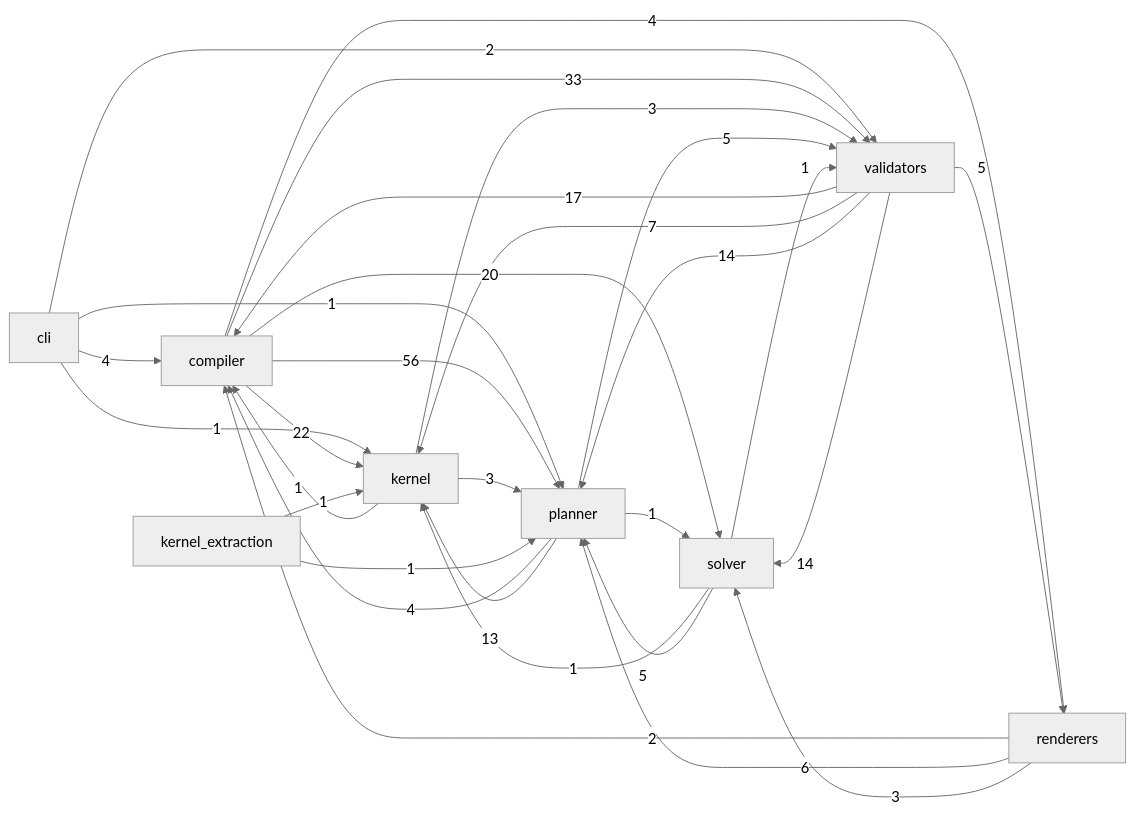
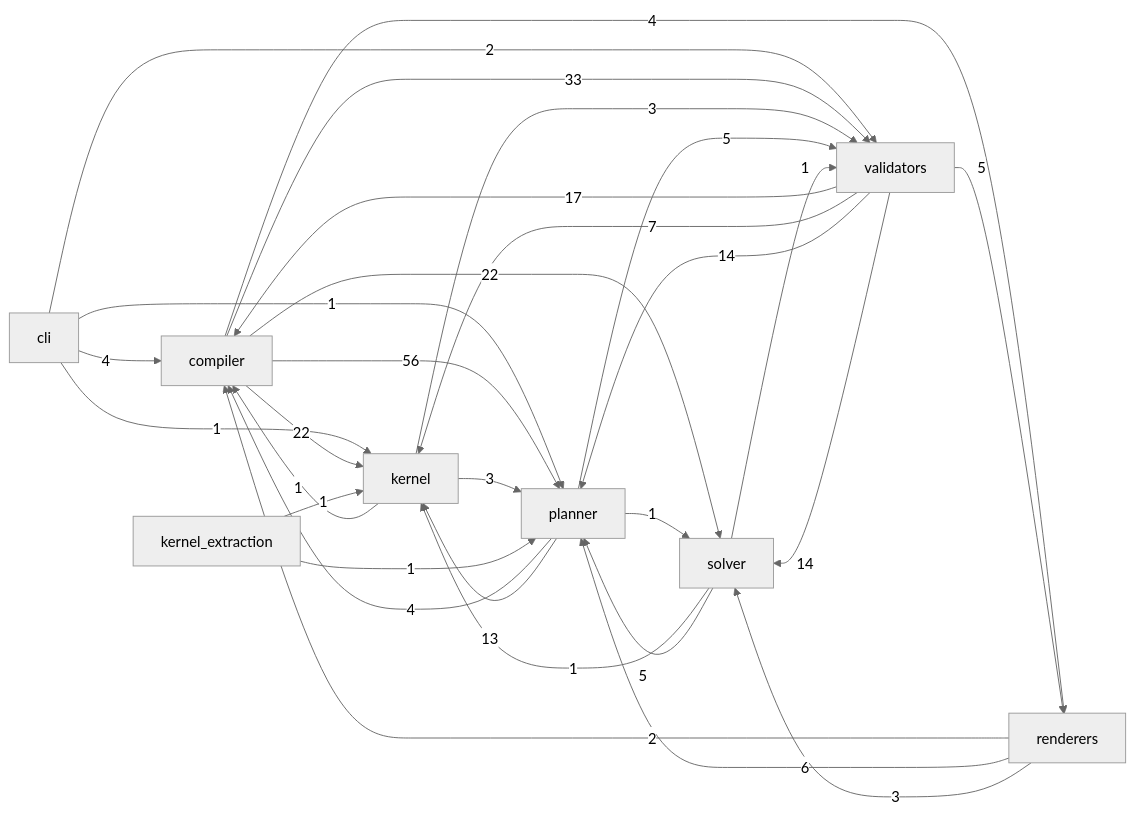
The diagram in docs/reference/code.md (Kingsley-Cyber/cinematic-compiler-core), drawn with Mermaid (neutral theme) before and after one commit. The commit also changed other lines of this file and 21 other files, not shown here.

First line of the commit message:
[S-134] The model writes each pose in words; the compiler writes the joint angles, the solver the contacts (PLAN-010 Phase 2)

````diff
--- a/docs/reference/code.md
+++ b/docs/reference/code.md
@@ -15,32 +15,32 @@
 ```mermaid
 flowchart LR
   cli -->|4| compiler
   cli -->|1| kernel
   cli -->|1| planner
   cli -->|2| validators
   compiler -->|22| kernel
   compiler -->|56| planner
   compiler -->|4| renderers
-  compiler -->|20| solver
+  compiler -->|22| solver
   compiler -->|33| validators
   kernel -->|1| compiler
   kernel -->|3| planner
   kernel -->|3| validators
   kernel_extraction -->|1| kernel
   kernel_extraction -->|1| planner
   planner -->|4| compiler
   planner -->|13| kernel
   planner -->|1| solver
   planner -->|5| validators
   renderers -->|2| compiler
   renderers -->|6| planner
   renderers -->|3| solver
   solver -->|1| kernel
   solver -->|5| planner
   solver -->|1| validators
   validators -->|17| compiler
   validators -->|7| kernel
   validators -->|14| planner
   validators -->|5| renderers
   validators -->|14| solver
 ```
````
